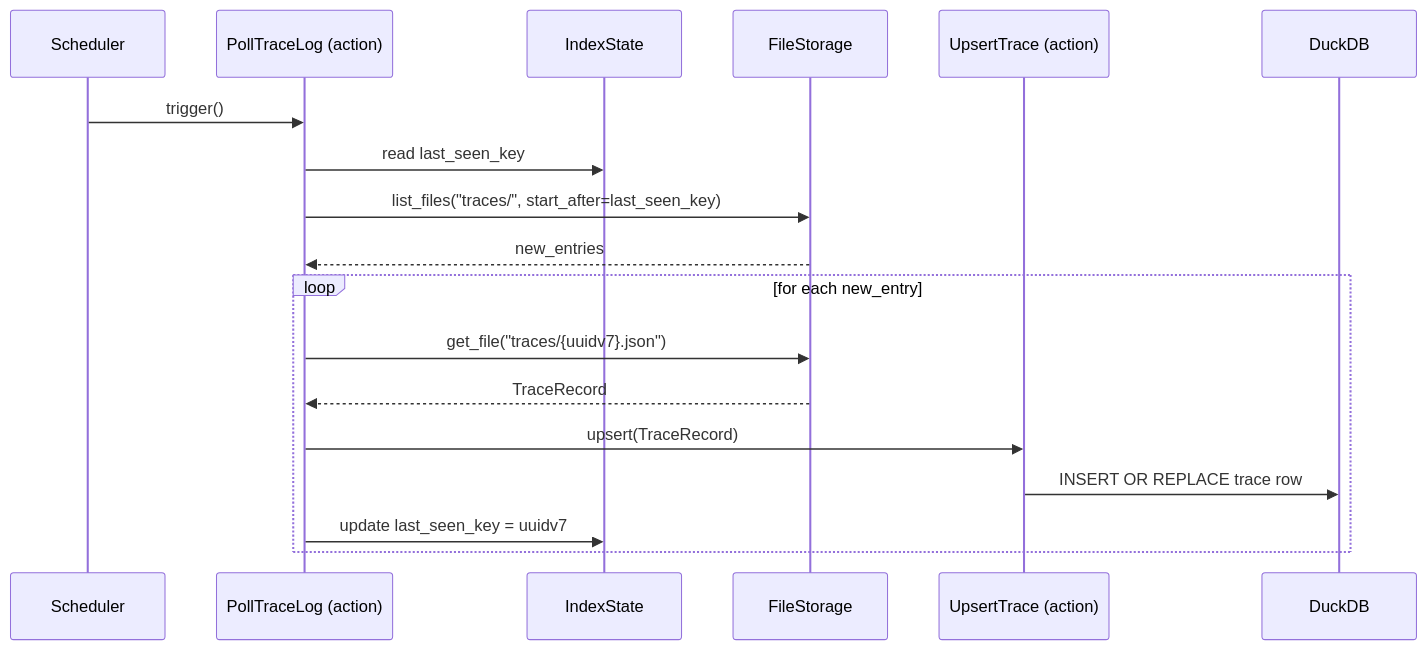
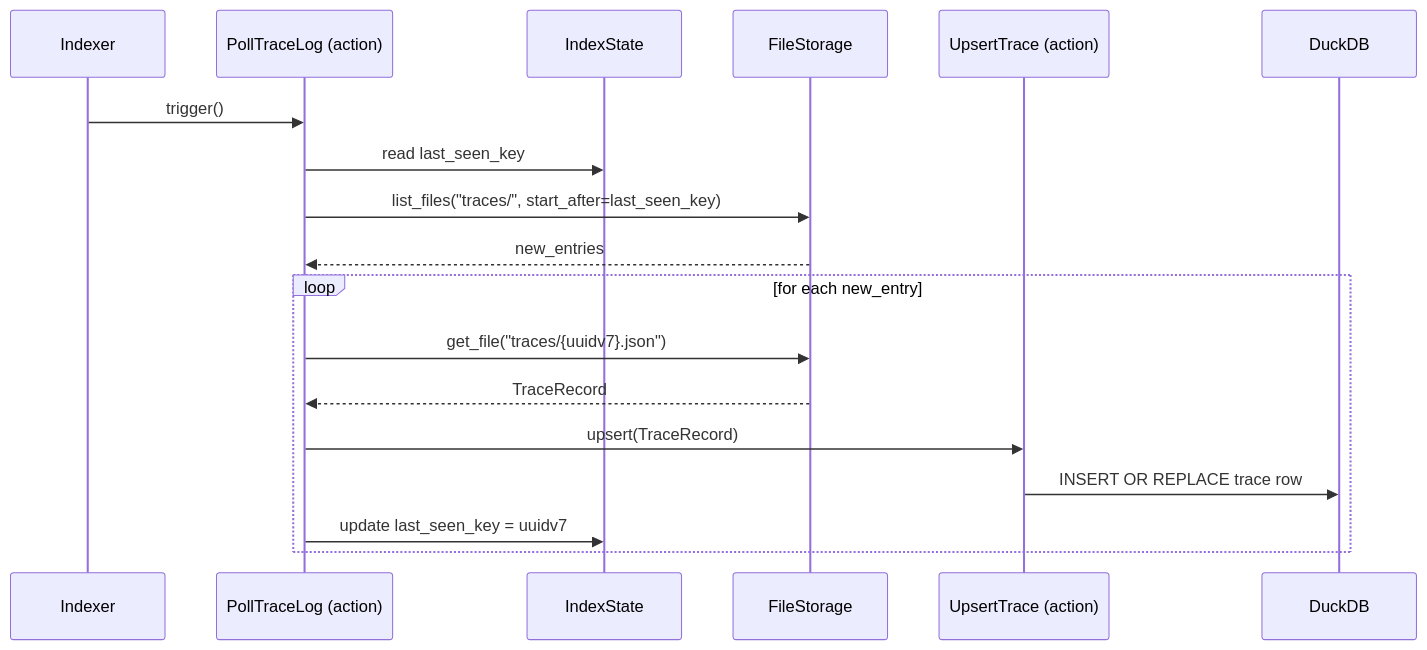
Before and after one commit to mnieber/woodstock: the diagram in libs/woodstock/docs/spec/scenarios/ms5_the_woodstock_server_indexes_new_traces.md, drawn with Mermaid. The commit also changed other lines of this file and 73 other files, not shown here.

````diff
--- a/libs/woodstock/docs/spec/scenarios/ms5_the_woodstock_server_indexes_new_traces.md
+++ b/libs/woodstock/docs/spec/scenarios/ms5_the_woodstock_server_indexes_new_traces.md
@@ -36,22 +36,22 @@
 ```mermaid
 sequenceDiagram
-    participant Scheduler
+    participant Indexer
     participant PollTraceLog as PollTraceLog (action)
     participant IndexState
     participant FileStorage
     participant UpsertTrace as UpsertTrace (action)
     participant DuckDB
 
-    Scheduler->>PollTraceLog: trigger()
+    Indexer->>PollTraceLog: trigger()
     PollTraceLog->>IndexState: read last_seen_key
     PollTraceLog->>FileStorage: list_files("traces/", start_after=last_seen_key)
     FileStorage-->>PollTraceLog: new_entries
 
     loop for each new_entry
         PollTraceLog->>FileStorage: get_file("traces/{uuidv7}.json")
         FileStorage-->>PollTraceLog: TraceRecord
         PollTraceLog->>UpsertTrace: upsert(TraceRecord)
         UpsertTrace->>DuckDB: INSERT OR REPLACE trace row
         PollTraceLog->>IndexState: update last_seen_key = uuidv7
     end
 ```
````
